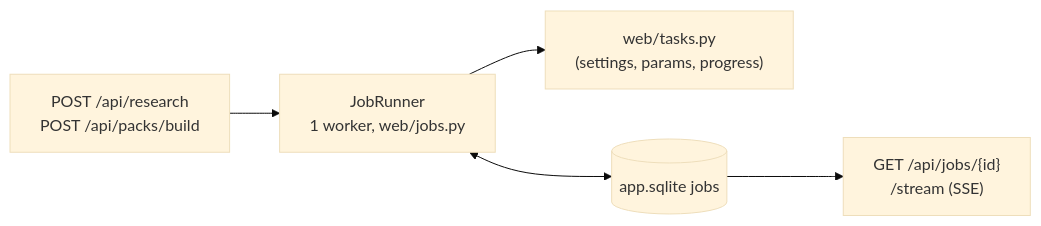
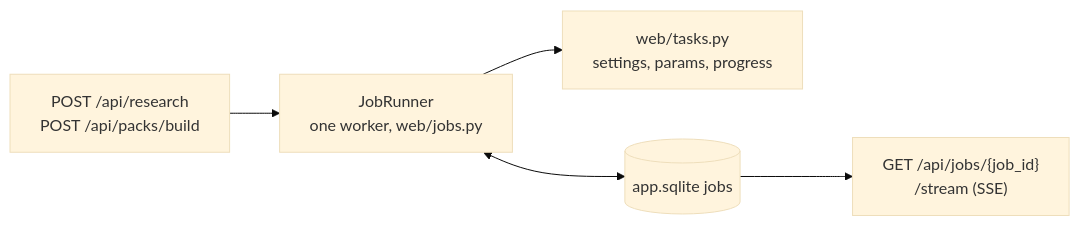
One commit to Berbadov/kriko changed the second of 4 diagrams in docs/INTERNALS.md. Above: the diagram before and after it, drawn with Mermaid (base theme). The commit also changed other lines of this file and 15 other files, not shown here.

````diff
--- a/docs/INTERNALS.md
+++ b/docs/INTERNALS.md
@@ -48,7 +49,7 @@
 ```mermaid
 flowchart LR
-    P["POST /api/research<br/>POST /api/packs/build"] --> R["JobRunner<br/>1 worker, web/jobs.py"]
-    R --> T["web/tasks.py<br/>(settings, params, progress)"]
+    P["POST /api/research<br/>POST /api/packs/build"] --> R["JobRunner<br/>one worker, web/jobs.py"]
+    R --> T["web/tasks.py<br/>settings, params, progress"]
     R <--> S[("app.sqlite jobs")]
-    S --> V["GET /api/jobs/{id}<br/>/stream (SSE)"]
+    S --> V["GET /api/jobs/{job_id}<br/>/stream (SSE)"]
 ```
````
